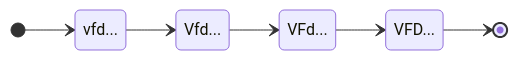
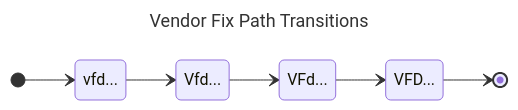
The first of 3 diagrams in docs/topics/process_models/cs/transitions.md (CERTCC/Vultron), drawn with Mermaid before and after one commit. The commit also changed other lines of this file and 44 other files, not shown here.

````diff
--- a/docs/topics/process_models/cs/transitions.md
+++ b/docs/topics/process_models/cs/transitions.md
@@ -55,14 +50,17 @@
 ```mermaid
+---
+title: Vendor Fix Path Transitions
+---
 stateDiagram-v2
     direction LR
     vfd: vfd...
     Vfd: Vfd...
     VFd: VFd...
     VFD: VFD...
     
     [*] --> vfd
     vfd --> Vfd
     Vfd --> VFd
     VFd --> VFD
     VFD --> [*]
 ```
````
